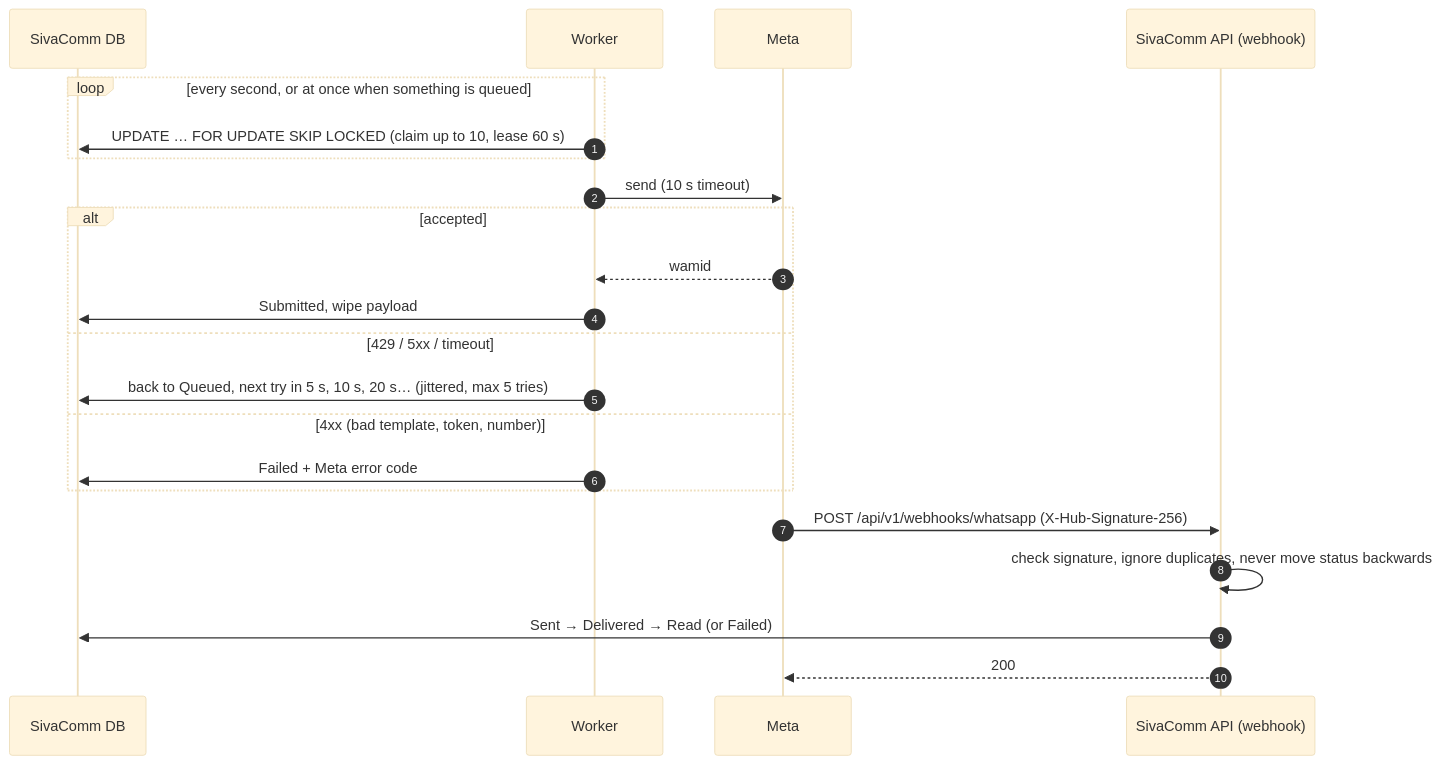
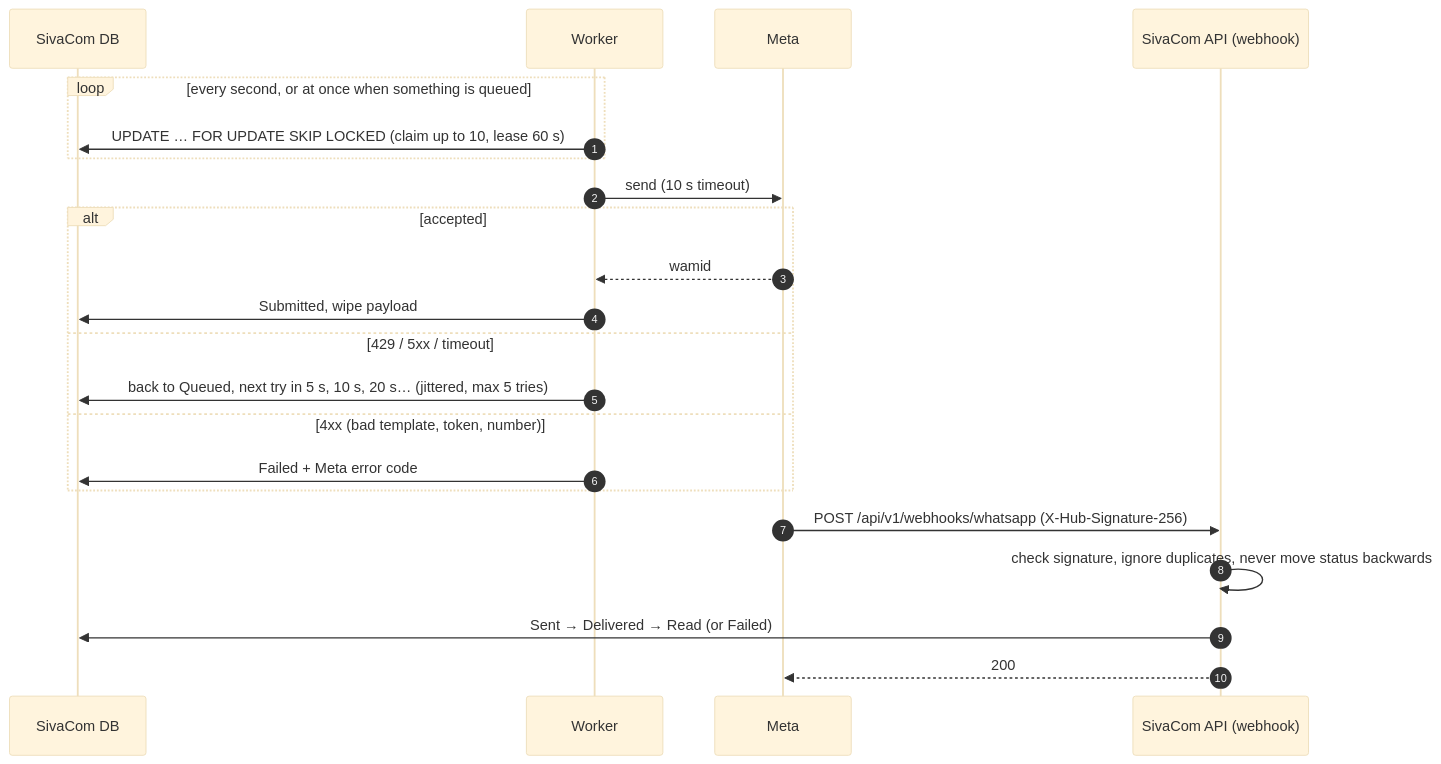
One commit to yugandharsimhadri/SivaComm changed the sixth of 9 diagrams in docs/WORKFLOWS.md. Above: the diagram before and after it, drawn with Mermaid (base theme). The commit also changed other lines of this file and 127 other files, not shown here.

First line of the commit message:
Rename SivaComm to SivaCom everywhere except the database user

````diff
--- a/docs/WORKFLOWS.md
+++ b/docs/WORKFLOWS.md
@@ -424,25 +424,25 @@
 ```mermaid
 sequenceDiagram
     autonumber
-    participant SD as SivaComm DB
+    participant SD as SivaCom DB
     participant W as Worker
     participant M as Meta
-    participant S as SivaComm API (webhook)
+    participant S as SivaCom API (webhook)
 
     loop every second, or at once when something is queued
         W->>SD: UPDATE … FOR UPDATE SKIP LOCKED (claim up to 10, lease 60 s)
     end
     W->>M: send (10 s timeout)
     alt accepted
         M-->>W: wamid
         W->>SD: Submitted, wipe payload
     else 429 / 5xx / timeout
         W->>SD: back to Queued, next try in 5 s, 10 s, 20 s… (jittered, max 5 tries)
     else 4xx (bad template, token, number)
         W->>SD: Failed + Meta error code
     end
     M->>S: POST /api/v1/webhooks/whatsapp (X-Hub-Signature-256)
     S->>S: check signature, ignore duplicates, never move status backwards
     S->>SD: Sent → Delivered → Read (or Failed)
     S-->>M: 200
 ```
````
